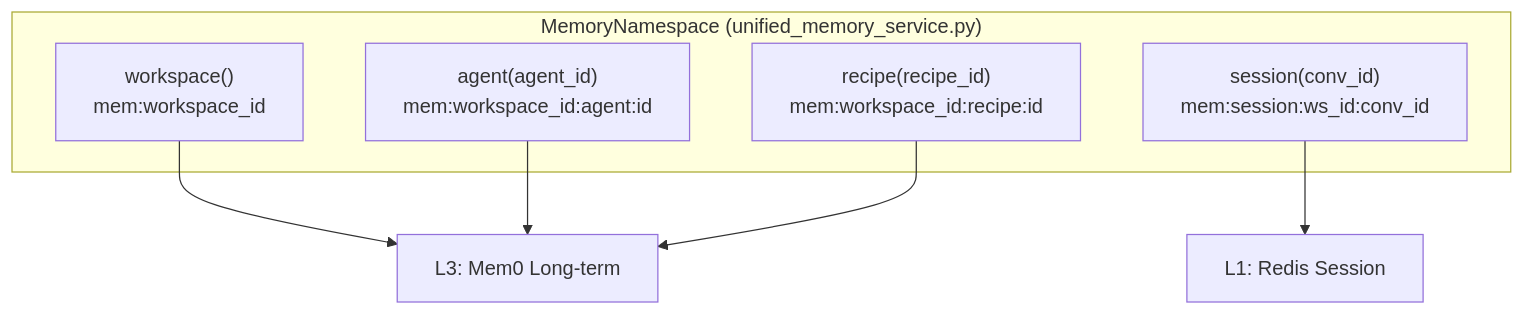
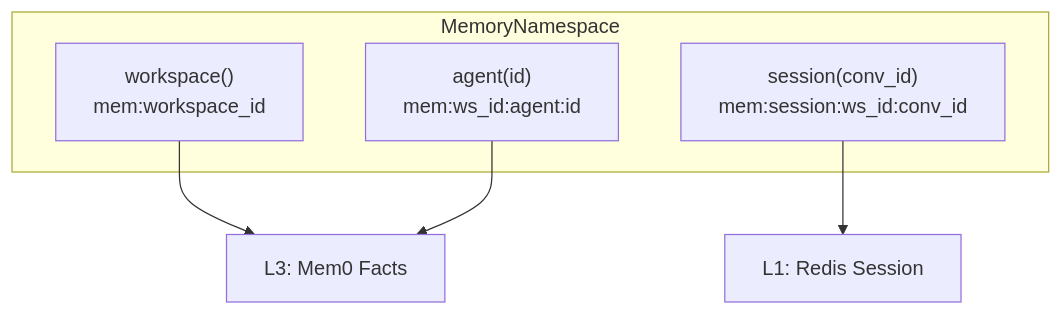
The third of 3 diagrams in docs/overview/_index.md (AutomatosAI/automatos-ai), drawn with Mermaid before and after one commit. The commit also changed other lines of this file and 153 other files, not shown here.

````diff
--- a/docs/overview/_index.md
+++ b/docs/overview/_index.md
@@ -179,14 +187,12 @@
 ```mermaid
 graph TD
-    subgraph "MemoryNamespace (unified_memory_service.py)"
+    subgraph "MemoryNamespace"
         WS["workspace()<br/>mem:workspace_id"]
-        AG["agent(agent_id)<br/>mem:workspace_id:agent:id"]
-        REC["recipe(recipe_id)<br/>mem:workspace_id:recipe:id"]
+        AG["agent(id)<br/>mem:ws_id:agent:id"]
         SESS["session(conv_id)<br/>mem:session:ws_id:conv_id"]
     end
     
-    WS --> L3[L3: Mem0 Long-term]
+    WS --> L3[L3: Mem0 Facts]
     AG --> L3
-    REC --> L3
     SESS --> L1[L1: Redis Session]
 ```
````
